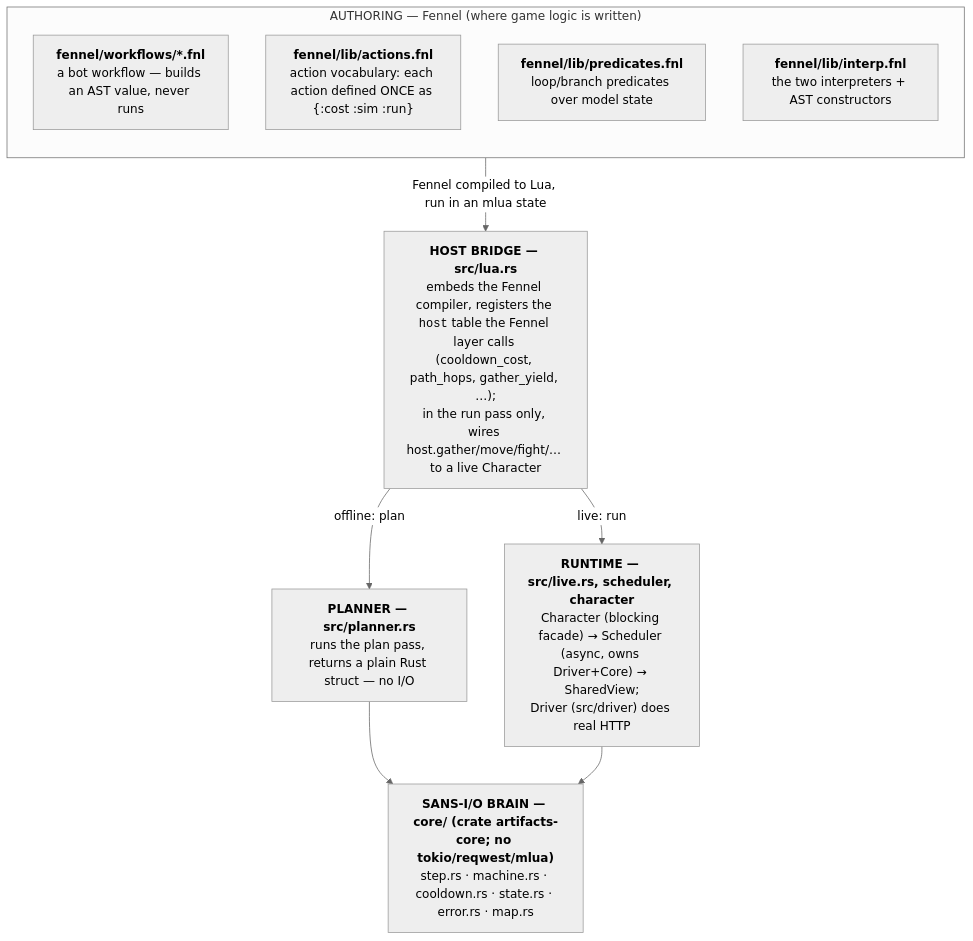
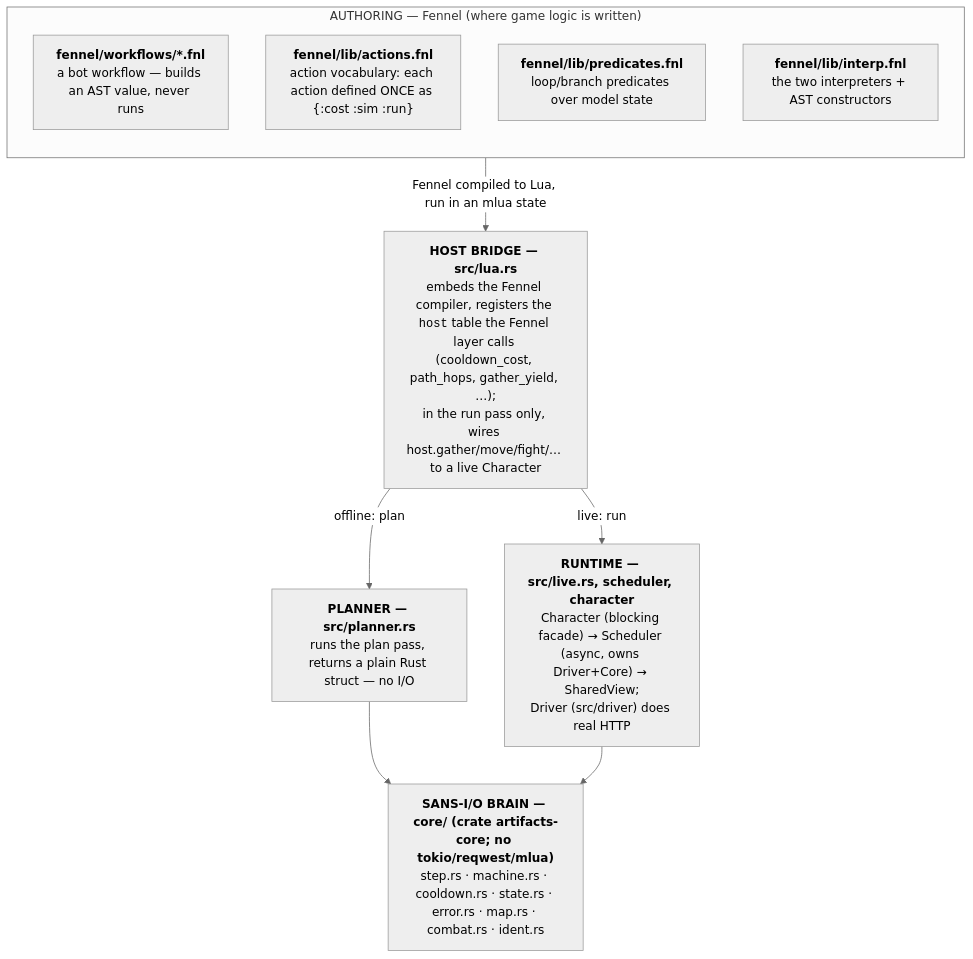
One commit to dfontana/artifacts changed the diagram in docs/ARCHITECTURE.md. Above: the diagram before and after it, drawn with Mermaid (neutral theme). The commit also changed other lines of this file and 27 other files, not shown here.

````diff
--- a/docs/ARCHITECTURE.md
+++ b/docs/ARCHITECTURE.md
@@ -11,23 +11,23 @@
 ```mermaid
 flowchart TD
     subgraph authoring["AUTHORING — Fennel (where game logic is written)"]
         direction TB
         wf["<b>fennel/workflows/*.fnl</b><br/>a bot workflow — builds an AST value, never runs"]
         act["<b>fennel/lib/actions.fnl</b><br/>action vocabulary: each action defined ONCE as {:cost :sim :run}"]
         pred["<b>fennel/lib/predicates.fnl</b><br/>loop/branch predicates over model state"]
         interp["<b>fennel/lib/interp.fnl</b><br/>the two interpreters + AST constructors"]
     end
 
     bridge["<b>HOST BRIDGE — src/lua.rs</b><br/>embeds the Fennel compiler, registers the <code>host</code> table the Fennel layer calls (cooldown_cost, path_hops, gather_yield, …);<br/>in the run pass only, wires host.gather/move/fight/… to a live Character"]
 
     planner["<b>PLANNER — src/planner.rs</b><br/>runs the plan pass, returns a plain Rust struct — no I/O"]
     runtime["<b>RUNTIME — src/live.rs, scheduler, character</b><br/>Character (blocking facade) → Scheduler (async, owns Driver+Core) → SharedView;<br/>Driver (src/driver) does real HTTP"]
 
-    core["<b>SANS-I/O BRAIN — core/ (crate artifacts-core; no tokio/reqwest/mlua)</b><br/>step.rs · machine.rs · cooldown.rs · state.rs · error.rs · map.rs"]
+    core["<b>SANS-I/O BRAIN — core/ (crate artifacts-core; no tokio/reqwest/mlua)</b><br/>step.rs · machine.rs · cooldown.rs · state.rs · error.rs · map.rs · combat.rs · ident.rs"]
 
     authoring -->|"Fennel compiled to Lua, run in an mlua state"| bridge
     bridge -->|"offline: plan"| planner
     bridge -->|"live: run"| runtime
     planner --> core
     runtime --> core
 ```
````
